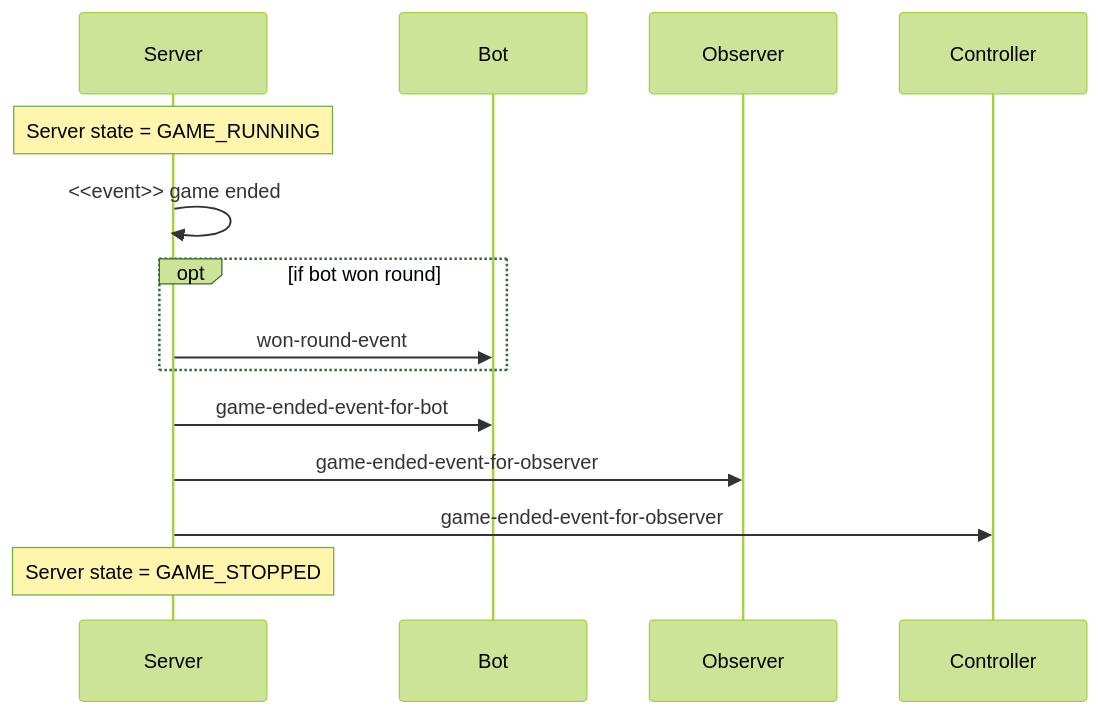
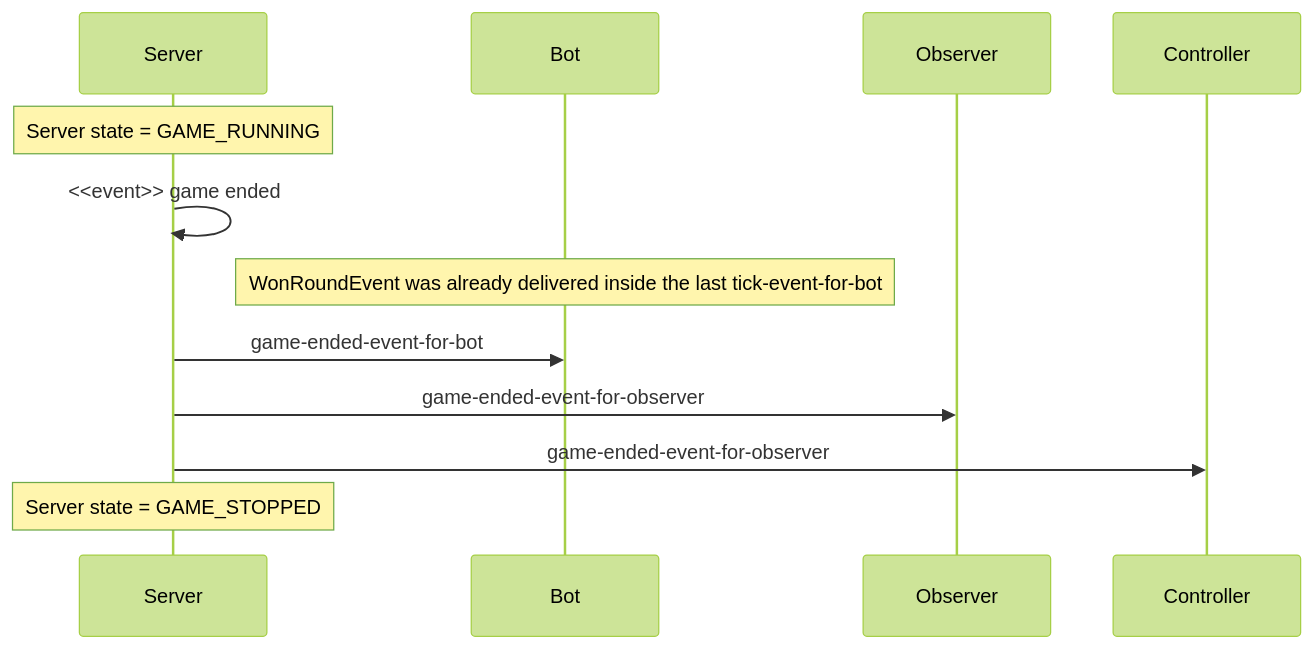
One commit to robocode-dev/tank-royale changed the seventh of 13 diagrams in schema/schemas/README.md. Above: the diagram before and after it, drawn with Mermaid (forest theme). The commit also changed other lines of this file, not shown here.

First line of the commit message:
docs: fix sequence diagrams in schema README to match actual server wire order

````diff
--- a/schema/schemas/README.md
+++ b/schema/schemas/README.md
@@ -224,12 +228,10 @@
 ```mermaid
 sequenceDiagram
 Note over Server: Server state = GAME_RUNNING
 Server->>Server: <<event>> game ended
-opt if bot won round
-    Server->>Bot: won-round-event
-end
+Note over Bot: WonRoundEvent was already delivered inside the last tick-event-for-bot
 Server->>Bot: game-ended-event-for-bot
 Server->>Observer: game-ended-event-for-observer
 Server->>Controller: game-ended-event-for-observer
 Note over Server: Server state = GAME_STOPPED
 ```
````
